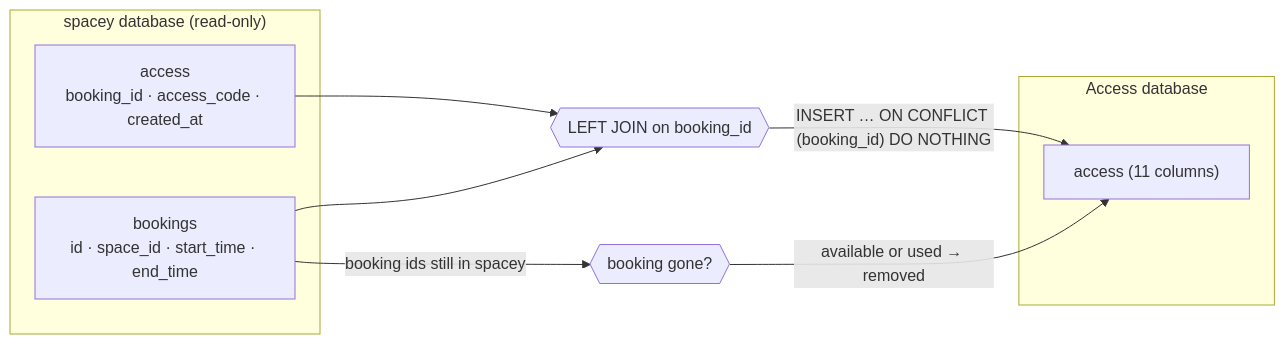
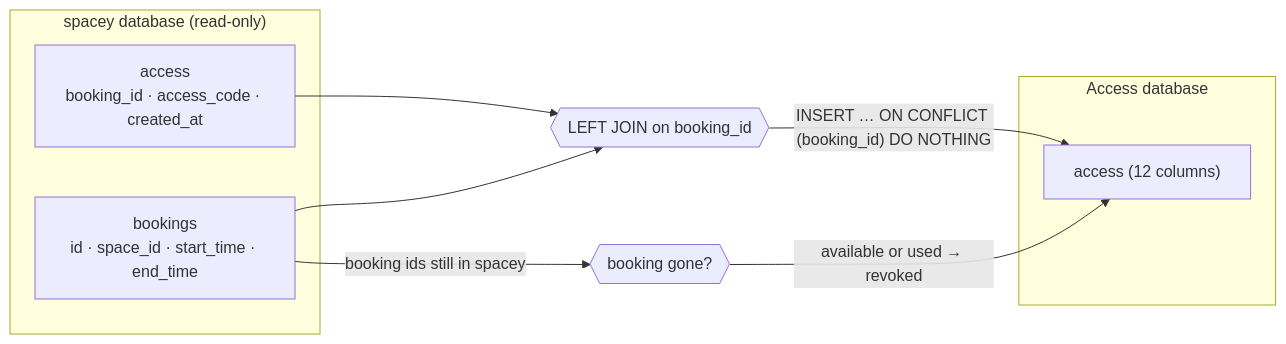
Before and after one commit to cs403bkk-2026/spacey-access: the diagram in docs/production-data-migration.md, drawn with Mermaid. The commit also changed other lines of this file and 24 other files, not shown here.

````diff
--- a/docs/production-data-migration.md
+++ b/docs/production-data-migration.md
@@ -9,15 +9,15 @@
 ```mermaid
 flowchart LR
     subgraph SRC["spacey database (read-only)"]
         SA["access<br/>booking_id · access_code · created_at"]
         SB["bookings<br/>id · space_id · start_time · end_time"]
     end
     subgraph TGT["Access database"]
-        TA["access (11 columns)"]
+        TA["access (12 columns)"]
     end
     SA --> J{{"LEFT JOIN on booking_id"}}
     SB --> J
     J -->|"INSERT … ON CONFLICT (booking_id) DO NOTHING"| TA
     SB -->|"booking ids still in spacey"| R{{"booking gone?"}}
-    R -->|"available or used → removed"| TA
+    R -->|"available or used → revoked"| TA
 ```
````
